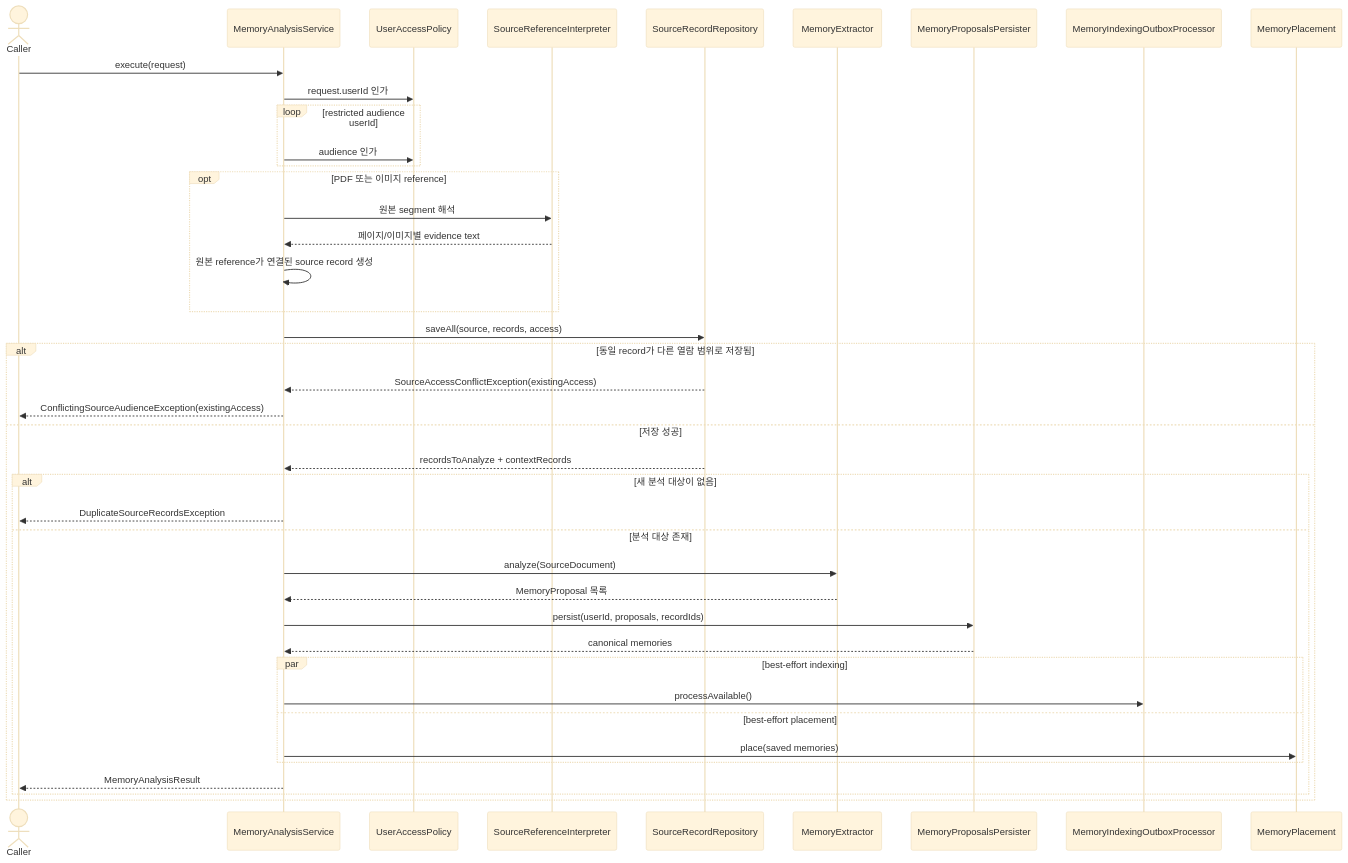
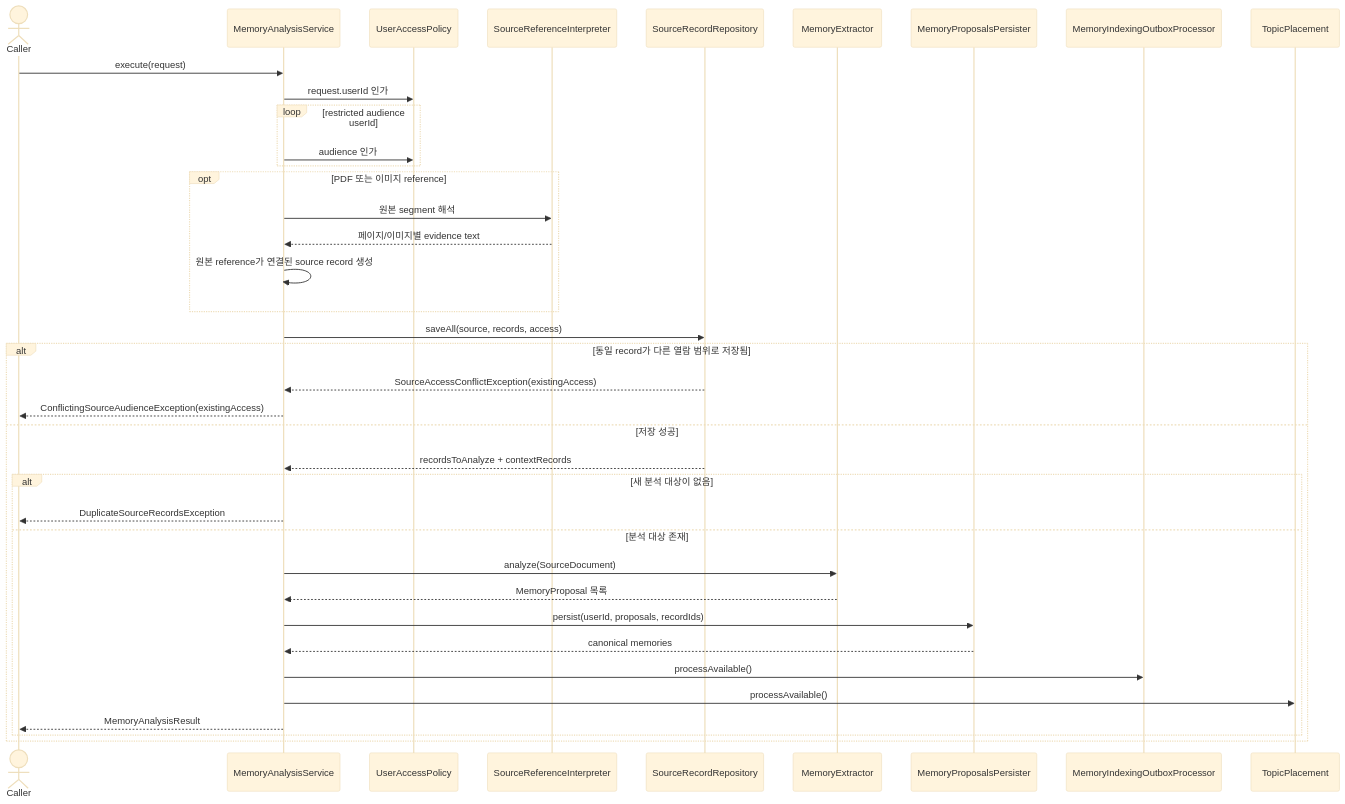
One commit to magenta1223/home_assistant changed the second of 2 diagrams in application/src/main/kotlin/com/homeassistant/application/usecase/memory/analysis/README.md. Above: the diagram before and after it, drawn with Mermaid (base theme). The commit also changed other lines of this file and 28 other files, not shown here.

Commit message:
refactor: replace Memory tree placement with Topic workflow

````diff
--- a/application/src/main/kotlin/com/homeassistant/application/usecase/memory/analysis/README.md
+++ b/application/src/main/kotlin/com/homeassistant/application/usecase/memory/analysis/README.md
@@ -41,44 +41,41 @@
 ```mermaid
 sequenceDiagram
     actor Caller
     participant Analysis as MemoryAnalysisService
     participant Access as UserAccessPolicy
     participant Reference as SourceReferenceInterpreter
     participant Sources as SourceRecordRepository
     participant Extractor as MemoryExtractor
     participant Persister as MemoryProposalsPersister
     participant Indexing as MemoryIndexingOutboxProcessor
-    participant Placement as MemoryPlacement
+    participant Placement as TopicPlacement
 
     Caller->>Analysis: execute(request)
     Analysis->>Access: request.userId 인가
     loop restricted audience userId
         Analysis->>Access: audience 인가
     end
     opt PDF 또는 이미지 reference
         Analysis->>Reference: 원본 segment 해석
         Reference-->>Analysis: 페이지/이미지별 evidence text
         Analysis->>Analysis: 원본 reference가 연결된 source record 생성
     end
     Analysis->>Sources: saveAll(source, records, access)
     alt 동일 record가 다른 열람 범위로 저장됨
         Sources-->>Analysis: SourceAccessConflictException(existingAccess)
         Analysis-->>Caller: ConflictingSourceAudienceException(existingAccess)
     else 저장 성공
         Sources-->>Analysis: recordsToAnalyze + contextRecords
         alt 새 분석 대상이 없음
             Analysis-->>Caller: DuplicateSourceRecordsException
         else 분석 대상 존재
             Analysis->>Extractor: analyze(SourceDocument)
             Extractor-->>Analysis: MemoryProposal 목록
             Analysis->>Persister: persist(userId, proposals, recordIds)
             Persister-->>Analysis: canonical memories
-            par best-effort indexing
-                Analysis->>Indexing: processAvailable()
-            and best-effort placement
-                Analysis->>Placement: place(saved memories)
-            end
+            Analysis->>Indexing: processAvailable()
+            Analysis->>Placement: processAvailable()
             Analysis-->>Caller: MemoryAnalysisResult
         end
     end
 ```
````
